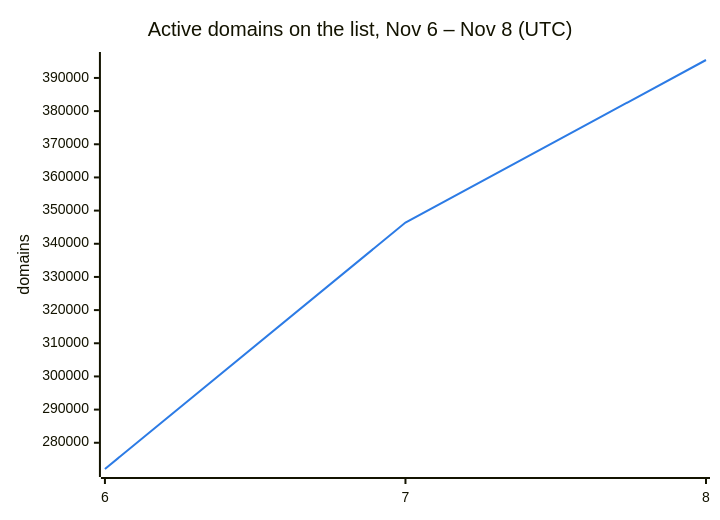
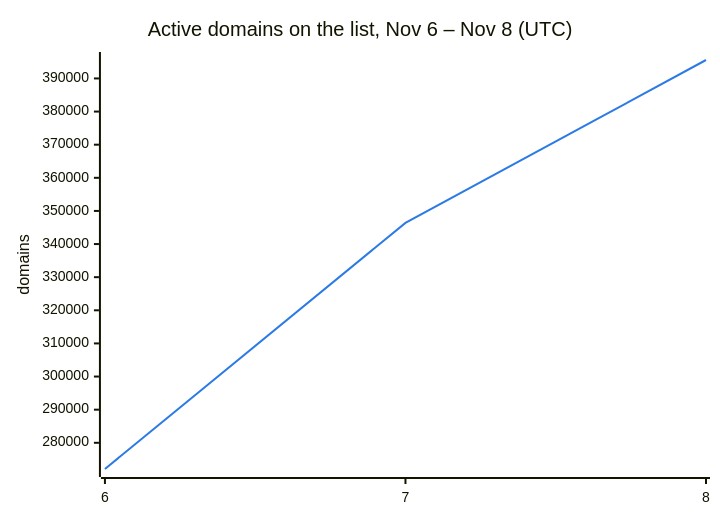
One commit to DNSBunker/CTI changed the second of 3 diagrams in README.md. Above: the diagram before and after it, drawn with Mermaid. The commit also changed other lines of this file and 3 other files, not shown here.

````diff
--- a/README.md
+++ b/README.md
@@ -38,8 +38,8 @@
 ```mermaid
 %%{init: {"themeVariables": {"xyChart": {"plotColorPalette": "#2c7be5"}}}}%%
 xychart-beta
     title "Active domains on the list, Nov 6 – Nov 8 (UTC)"
     x-axis ["6", "7", "8"]
     y-axis "domains"
-    line [272088, 346388, 395410]
+    line [272088, 346388, 395567]
 ```
````
